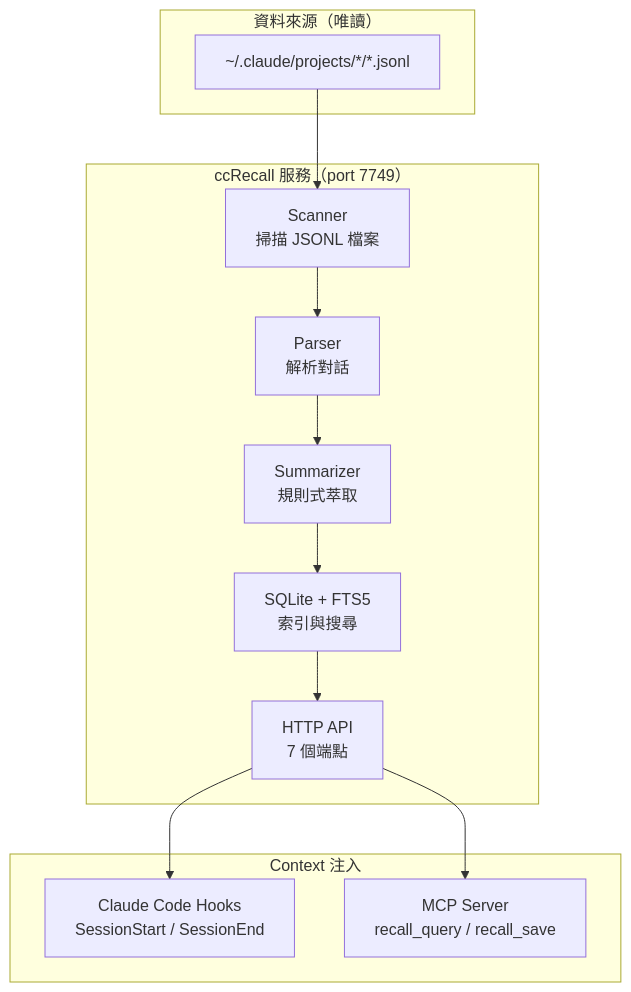
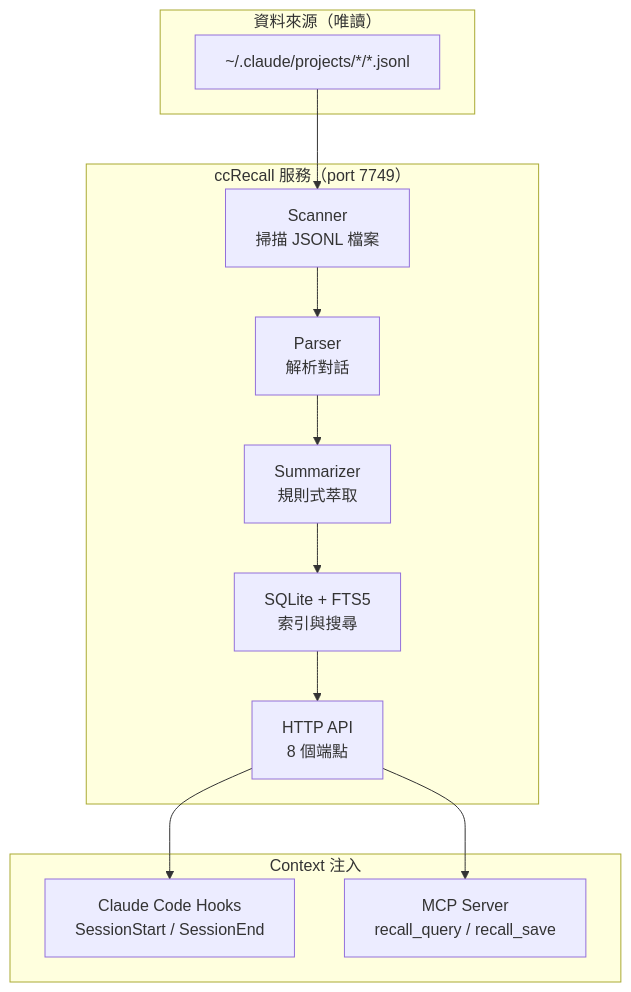
The diagram in README_ZH.md (tznthou/ccRecall), drawn with Mermaid before and after one commit. The commit also changed other lines of this file and 1 other file, not shown here.

````diff
--- a/README_ZH.md
+++ b/README_ZH.md
@@ -44,24 +45,24 @@
 ```mermaid
 flowchart TB
     subgraph Input["資料來源（唯讀）"]
         JSONL["~/.claude/projects/*/*.jsonl"]
     end
 
     subgraph Core["ccRecall 服務（port 7749）"]
         Scanner["Scanner<br/>掃描 JSONL 檔案"]
         Parser["Parser<br/>解析對話"]
         Summarizer["Summarizer<br/>規則式萃取"]
         DB["SQLite + FTS5<br/>索引與搜尋"]
-        API["HTTP API<br/>7 個端點"]
+        API["HTTP API<br/>8 個端點"]
     end
 
     subgraph Consumers["Context 注入"]
         Hook["Claude Code Hooks<br/>SessionStart / SessionEnd"]
         MCP["MCP Server<br/>recall_query / recall_save"]
     end
 
     JSONL --> Scanner --> Parser --> Summarizer --> DB
     DB --> API
     API --> Hook
     API --> MCP
 ```
````
